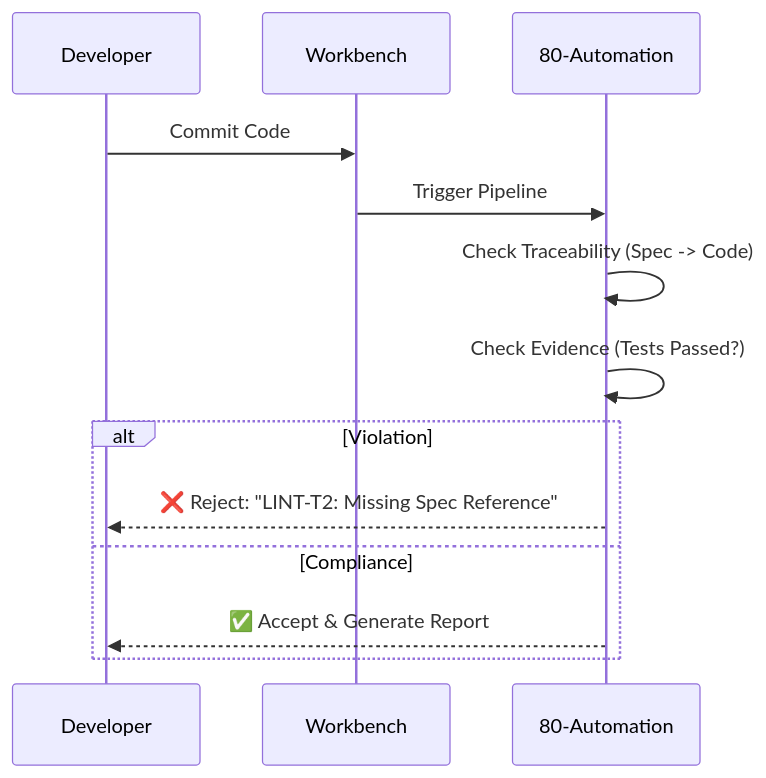
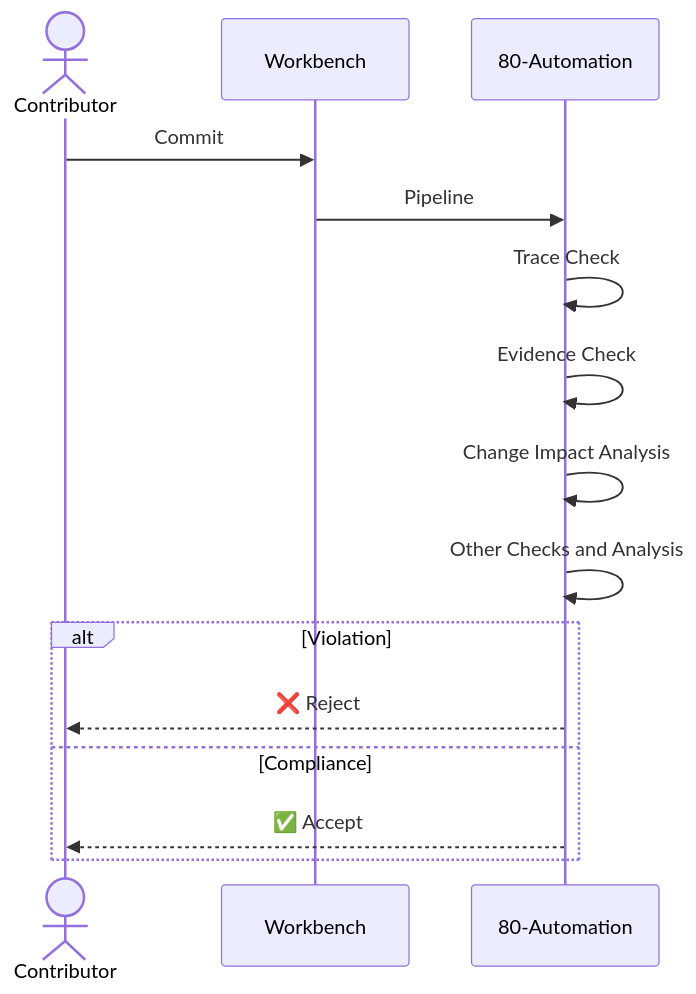
Before and after one commit to nnworkspace/presentations: the second of 3 diagrams in elan_intro.md, drawn with Mermaid. The commit also changed other lines of this file, not shown here.

````diff
--- a/elan_intro.md
+++ b/elan_intro.md
@@ -391,17 +503,19 @@
-```mermaid
+```mermaid {scale: 0.5}
 sequenceDiagram
-    participant Dev as Developer
+    actor Contributor
     participant Git as Workbench
     participant CI as 80-Automation
     
-    Dev->>Git: Commit Code
-    Git->>CI: Trigger Pipeline
-    CI->>CI: Check Traceability (Spec -> Code)
-    CI->>CI: Check Evidence (Tests Passed?)
+    Contributor->>Git: Commit
+    Git->>CI: Pipeline
+    CI->>CI: Trace Check
+    CI->>CI: Evidence Check
+    CI->>CI: Change Impact Analysis
+    CI->>CI: Other Checks and Analysis
     
     alt Violation
-        CI-->>Dev: ❌ Reject: "LINT-T2: Missing Spec Reference"
+        CI-->>Contributor: ❌ Reject
     else Compliance
-        CI-->>Dev: ✅ Accept & Generate Report
+        CI-->>Contributor: ✅ Accept
     end
 ```
````
